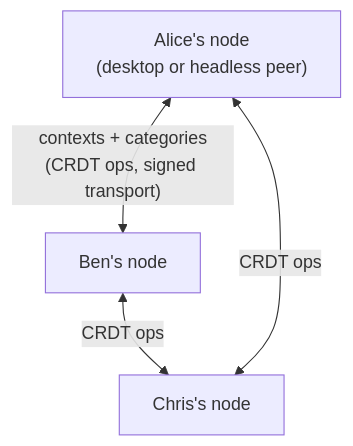
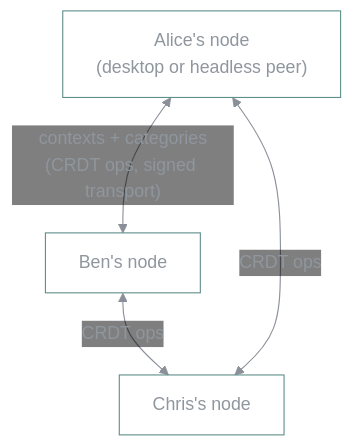
The second of 2 diagrams in README.md (vul-os/gitstate), drawn with Mermaid before and after one commit. The commit also changed other lines of this file, not shown here.

Commit message:
readme: theme the mermaid diagrams to match the Vulos landing
Adds a base-theme init to each diagram — transparent node cards with a teal
accent border, mono type, teal edges — so the README diagrams read as one family
with vulos.org, on both GitHub light and dark.

Claude-Session: https://claude.ai/code/session_01Xhu25SUAUienj9Tf38vyVm

````diff
--- a/README.md
+++ b/README.md
@@ -129,9 +130,10 @@
 ```mermaid
+%%{init: {'theme':'base','themeVariables':{'fontFamily':'ui-monospace, SFMono-Regular, Menlo, monospace','primaryColor':'transparent','primaryBorderColor':'#14b8a6','primaryTextColor':'#8f969e','lineColor':'#8a8f98','nodeBorder':'#5f8f8a','edgeLabelBackground':'transparent','clusterBorder':'#3f8f86','clusterBkg':'transparent'}}}%%
 flowchart TB
     a["Alice's node<br/>(desktop or headless peer)"]
     b["Ben's node"]
     c["Chris's node"]
     a <-->|"contexts + categories<br/>(CRDT ops, signed transport)"| b
     b <-->|"CRDT ops"| c
     a <-->|"CRDT ops"| c
 ```
````
